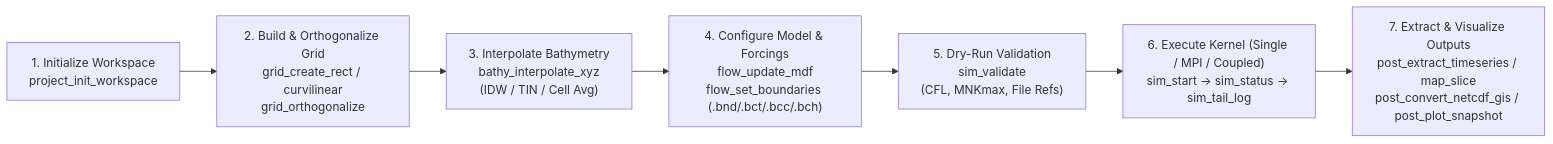
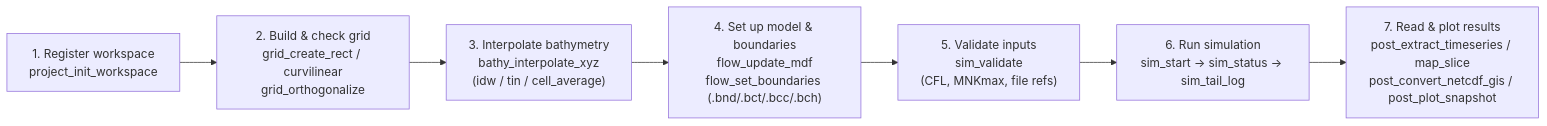
One commit to dikydwi442-byte/delft3d-mcp changed the first of 2 diagrams in README.md. Above: the diagram before and after it, drawn with Mermaid. The commit also changed other lines of this file and 4 other files, not shown here.

````diff
--- a/README.md
+++ b/README.md
@@ -30,9 +28,9 @@
 ```mermaid
 flowchart LR
-    A["1. Initialize Workspace\nproject_init_workspace"] --> B["2. Build & Orthogonalize Grid\ngrid_create_rect / curvilinear\ngrid_orthogonalize"]
-    B --> C["3. Interpolate Bathymetry\nbathy_interpolate_xyz\n(IDW / TIN / Cell Avg)"]
-    C --> D["4. Configure Model & Forcings\nflow_update_mdf\nflow_set_boundaries (.bnd/.bct/.bcc/.bch)"]
-    D --> E["5. Dry-Run Validation\nsim_validate\n(CFL, MNKmax, File Refs)"]
-    E --> F["6. Execute Kernel (Single / MPI / Coupled)\nsim_start -> sim_status -> sim_tail_log"]
-    F --> G["7. Extract & Visualize Outputs\npost_extract_timeseries / map_slice\npost_convert_netcdf_gis / post_plot_snapshot"]
+    A["1. Register workspace\nproject_init_workspace"] --> B["2. Build & check grid\ngrid_create_rect / curvilinear\ngrid_orthogonalize"]
+    B --> C["3. Interpolate bathymetry\nbathy_interpolate_xyz\n(idw / tin / cell_average)"]
+    C --> D["4. Set up model & boundaries\nflow_update_mdf\nflow_set_boundaries (.bnd/.bct/.bcc/.bch)"]
+    D --> E["5. Validate inputs\nsim_validate\n(CFL, MNKmax, file refs)"]
+    E --> F["6. Run simulation\nsim_start -> sim_status -> sim_tail_log"]
+    F --> G["7. Read & plot results\npost_extract_timeseries / map_slice\npost_convert_netcdf_gis / post_plot_snapshot"]
 ```
````
